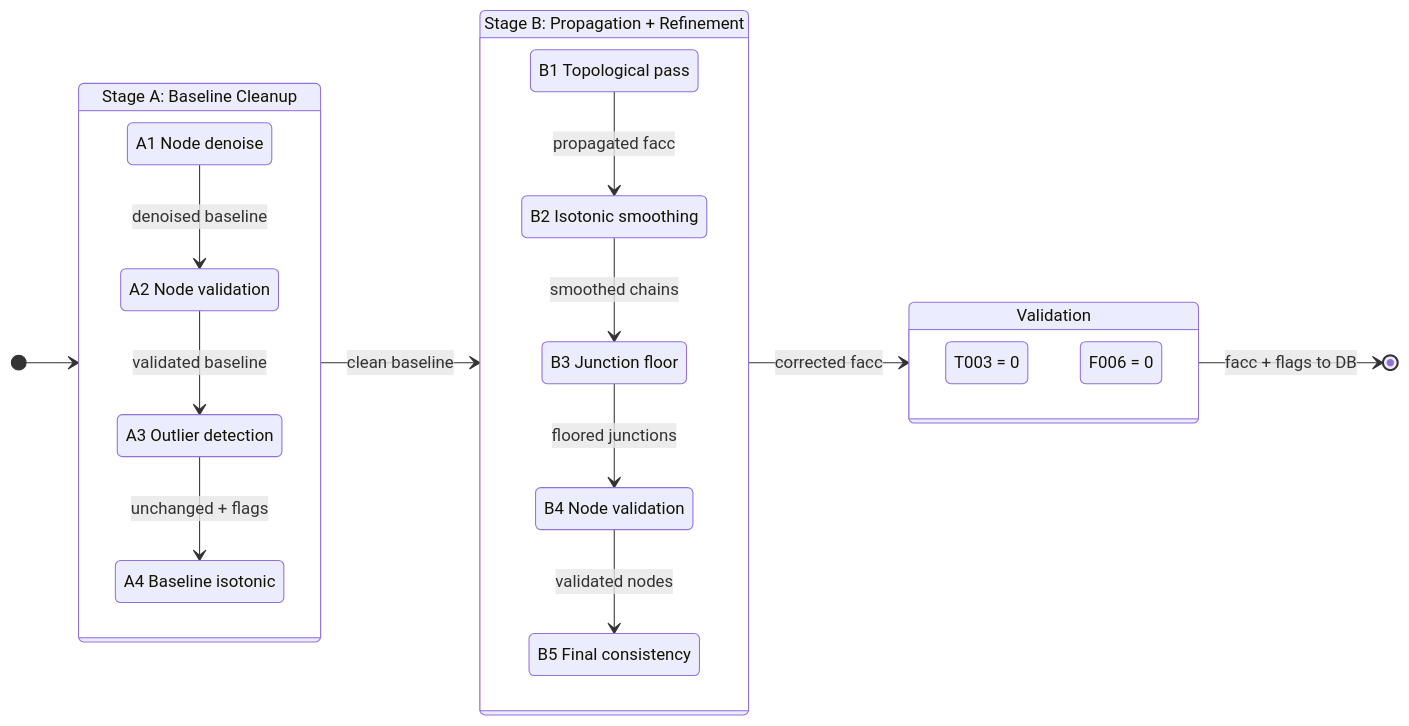
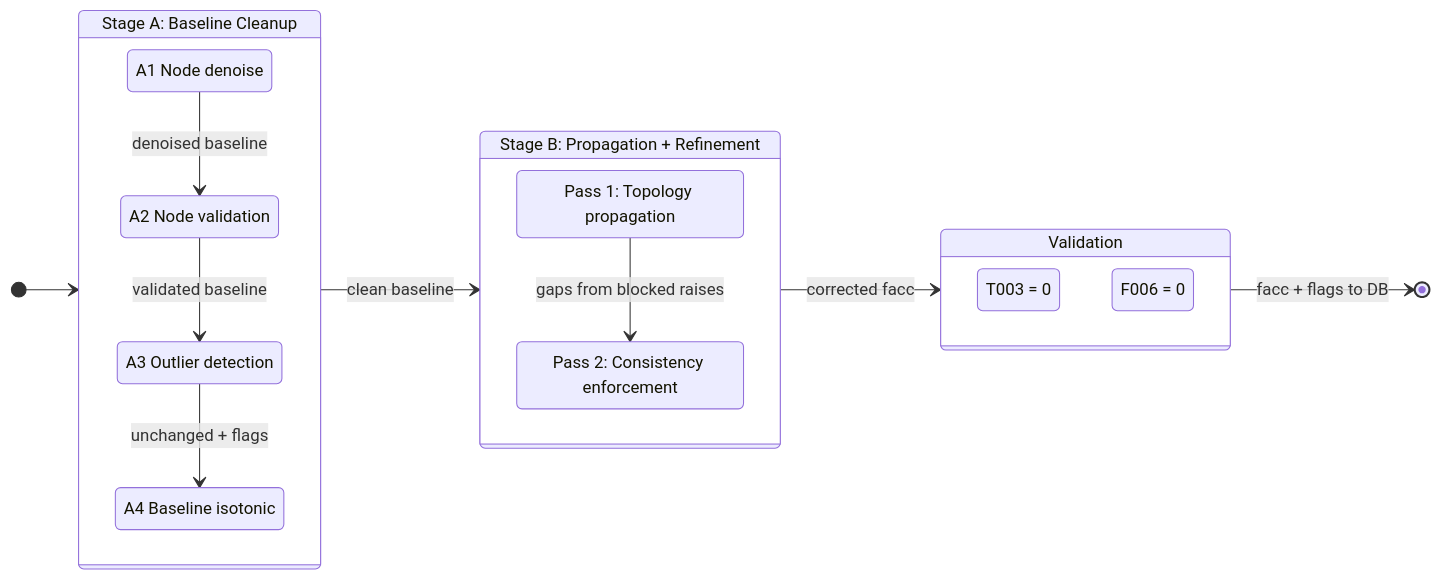
The diagram in docs/facc_correction_methodology.md (ealtenau/SWORD), drawn with Mermaid before and after one commit. The commit also changed other lines of this file, not shown here.

First line of the commit message:
Simplify Stage B to two-pass architecture, clarify raise cascading

````diff
--- a/docs/facc_correction_methodology.md
+++ b/docs/facc_correction_methodology.md
@@ -103,39 +103,33 @@
 ```mermaid
 stateDiagram-v2
     direction LR
 
     [*] --> StageA
 
     state "Stage A: Baseline Cleanup" as StageA {
         state "A1 Node denoise" as A1
         state "A2 Node validation" as A2
         state "A3 Outlier detection" as A3
         state "A4 Baseline isotonic" as A4
 
         A1 --> A2 : denoised baseline
         A2 --> A3 : validated baseline
         A3 --> A4 : unchanged + flags
     }
 
     state "Stage B: Propagation + Refinement" as StageB {
-        state "B1 Topological pass" as B1
-        state "B2 Isotonic smoothing" as B2
-        state "B3 Junction floor" as B3
-        state "B4 Node validation" as B4
-        state "B5 Final consistency" as B5
+        state "Pass 1: Topology propagation" as P1
+        state "Pass 2: Consistency enforcement" as P2
 
-        B1 --> B2 : propagated facc
-        B2 --> B3 : smoothed chains
-        B3 --> B4 : floored junctions
-        B4 --> B5 : validated nodes
+        P1 --> P2 : gaps from blocked raises
     }
 
     state "Validation" as Validation {
         state "T003 = 0" as T003check
         state "F006 = 0" as F006check
     }
 
     StageA --> StageB : clean baseline
     StageB --> Validation : corrected facc
     Validation --> [*] : facc + flags to DB
 ```
````
